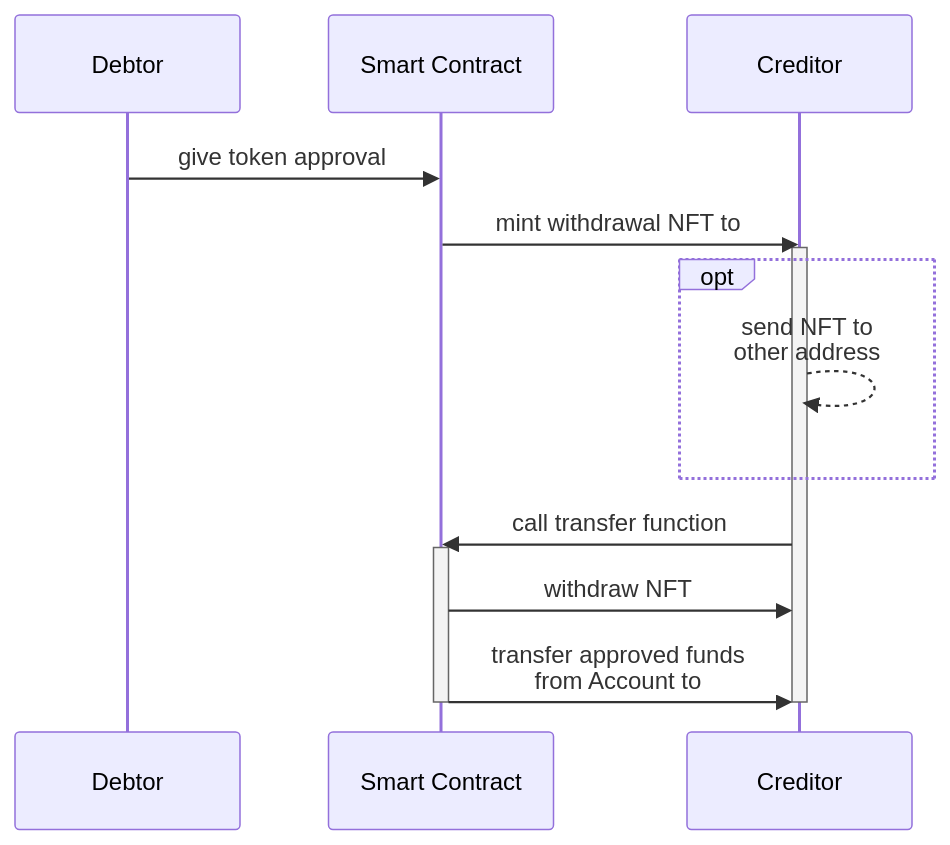
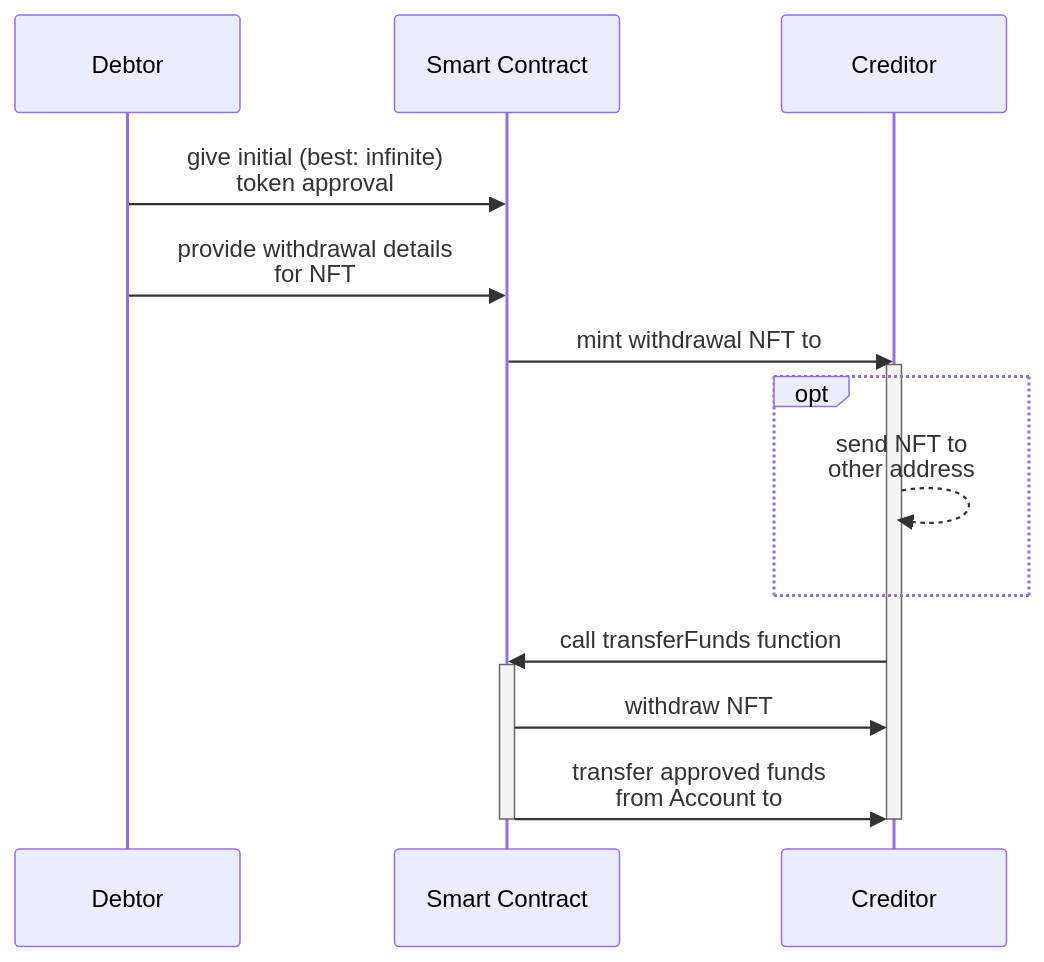
The first of 2 diagrams in README.md (LeonDavidZipp/Permit2ApprovalNFTs), drawn with Mermaid before and after one commit.

Commit message:
fixed diagram

````diff
--- a/README.md
+++ b/README.md
@@ -10,18 +10,19 @@
 ```mermaid
 sequenceDiagram
   participant Debtor
   participant Smart Contract
   participant Creditor
-  Debtor->>Smart Contract: give token approval
+  Debtor->>Smart Contract: give initial (best: infinite)<br/>token approval
+  Debtor->>Smart Contract: provide withdrawal details<br/>for NFT
   Smart Contract->>Creditor: mint withdrawal NFT to
   activate Creditor
   opt
     Creditor-->>Creditor: send NFT to<br/>other address
   end
-  Creditor->>Smart Contract: call transfer function
+  Creditor->>Smart Contract: call transferFunds function
   activate Smart Contract
   Smart Contract->>Creditor: withdraw NFT
   Smart Contract->>Creditor: transfer approved funds<br/>from Account to
   deactivate Creditor
   deactivate Smart Contract
 ```
````
